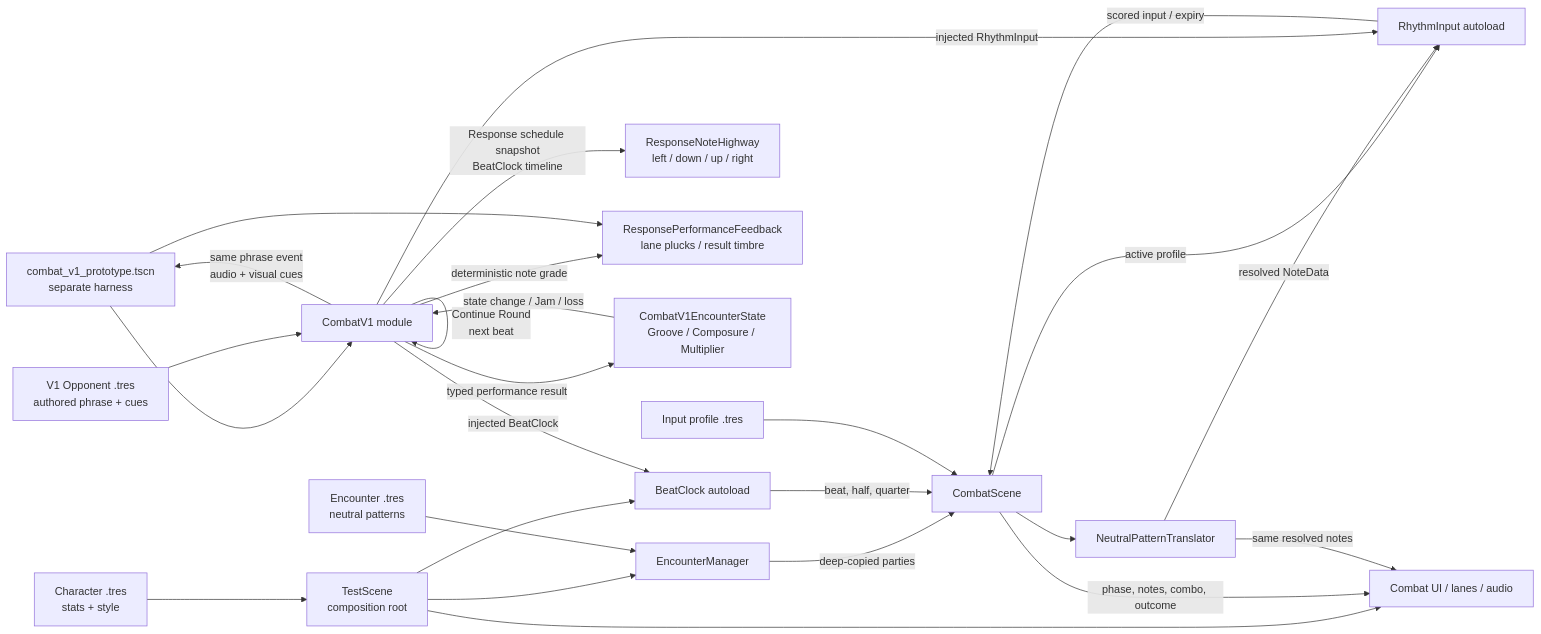
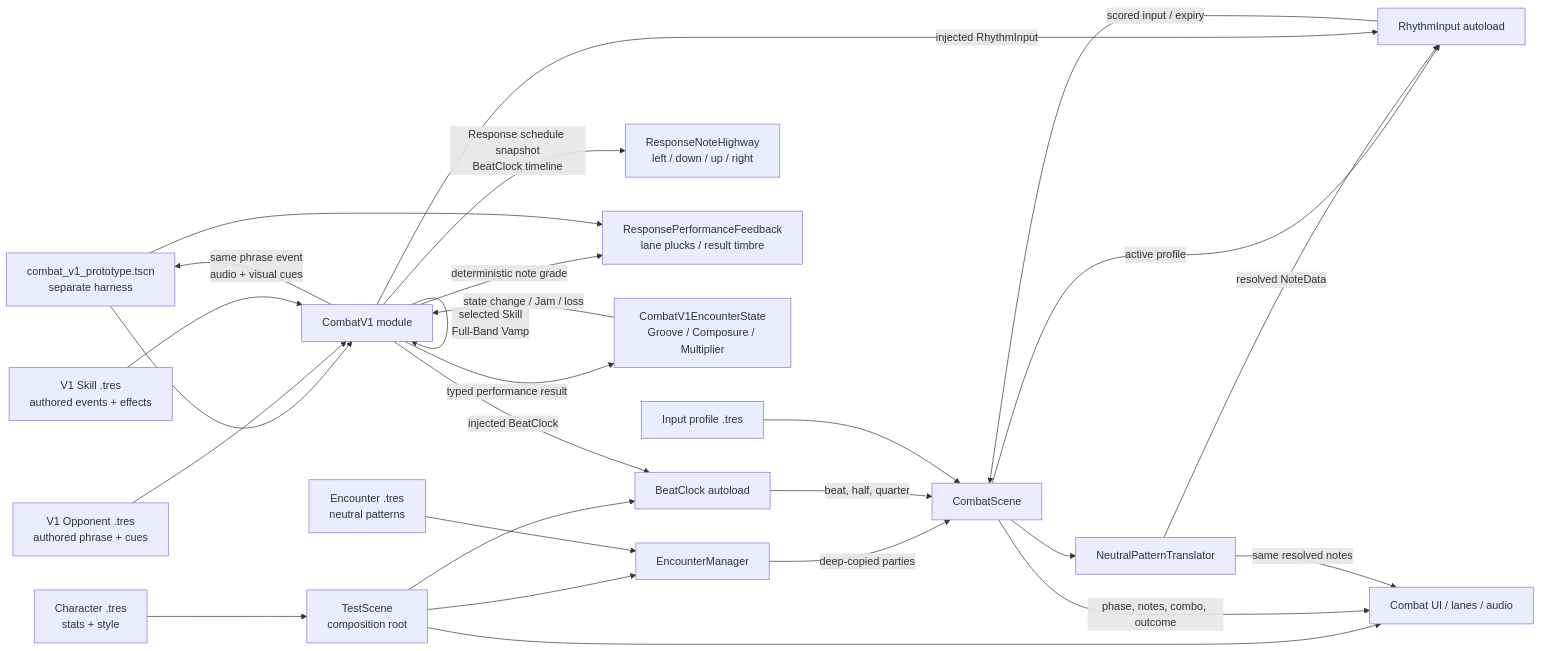
The first of 2 diagrams in docs/ARCHITECTURE.md (Parz1val1/rhythm-game-prototype), drawn with Mermaid before and after one commit. The commit also changed other lines of this file and 26 other files, not shown here.

````diff
--- a/docs/ARCHITECTURE.md
+++ b/docs/ARCHITECTURE.md
@@ -62,28 +64,29 @@
 ```mermaid
 flowchart LR
     TS[TestScene<br/>composition root] --> BC[BeatClock autoload]
     TS --> EM[EncounterManager]
     TS --> UI[Combat UI / lanes / audio]
     EM -->|deep-copied parties| CS[CombatScene]
     BC -->|beat, half, quarter| CS
     RI[RhythmInput autoload] -->|scored input / expiry| CS
     CS -->|active profile| RI
     CS -->|phase, notes, combo, outcome| UI
     EN[Encounter .tres<br/>neutral patterns] --> EM
     CP[Character .tres<br/>stats + style] --> TS
     IP[Input profile .tres] --> CS
     CS --> NPT[NeutralPatternTranslator]
     NPT -->|resolved NoteData| RI
     NPT -->|same resolved notes| UI
     V1P[combat_v1_prototype.tscn<br/>separate harness] --> V1[CombatV1 module]
     V1O[V1 Opponent .tres<br/>authored phrase + cues] --> V1
+    V1K[V1 Skill .tres<br/>authored events + effects] --> V1
     V1 -->|injected BeatClock| BC
     V1 -->|injected RhythmInput| RI
     V1 -->|same phrase event<br/>audio + visual cues| V1P
     V1 -->|Response schedule snapshot<br/>BeatClock timeline| NH[ResponseNoteHighway<br/>left / down / up / right]
     V1 -->|deterministic note grade| RF[ResponsePerformanceFeedback<br/>lane plucks / result timbre]
     V1P --> RF
     V1 -->|typed performance result| V1S[CombatV1EncounterState<br/>Groove / Composure / Multiplier]
     V1S -->|state change / Jam / loss| V1
-    V1 -->|Continue Round<br/>next beat| V1
+    V1 -->|selected Skill<br/>Full-Band Vamp| V1
 ```
````
